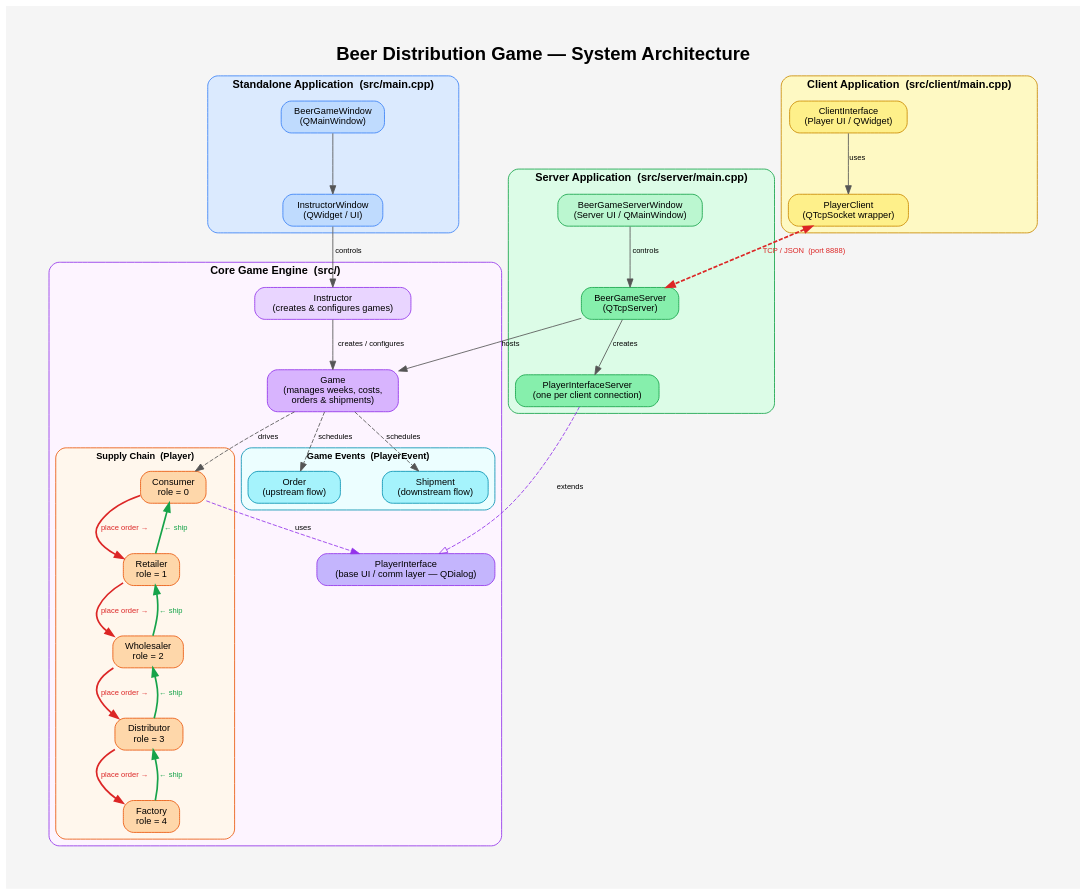
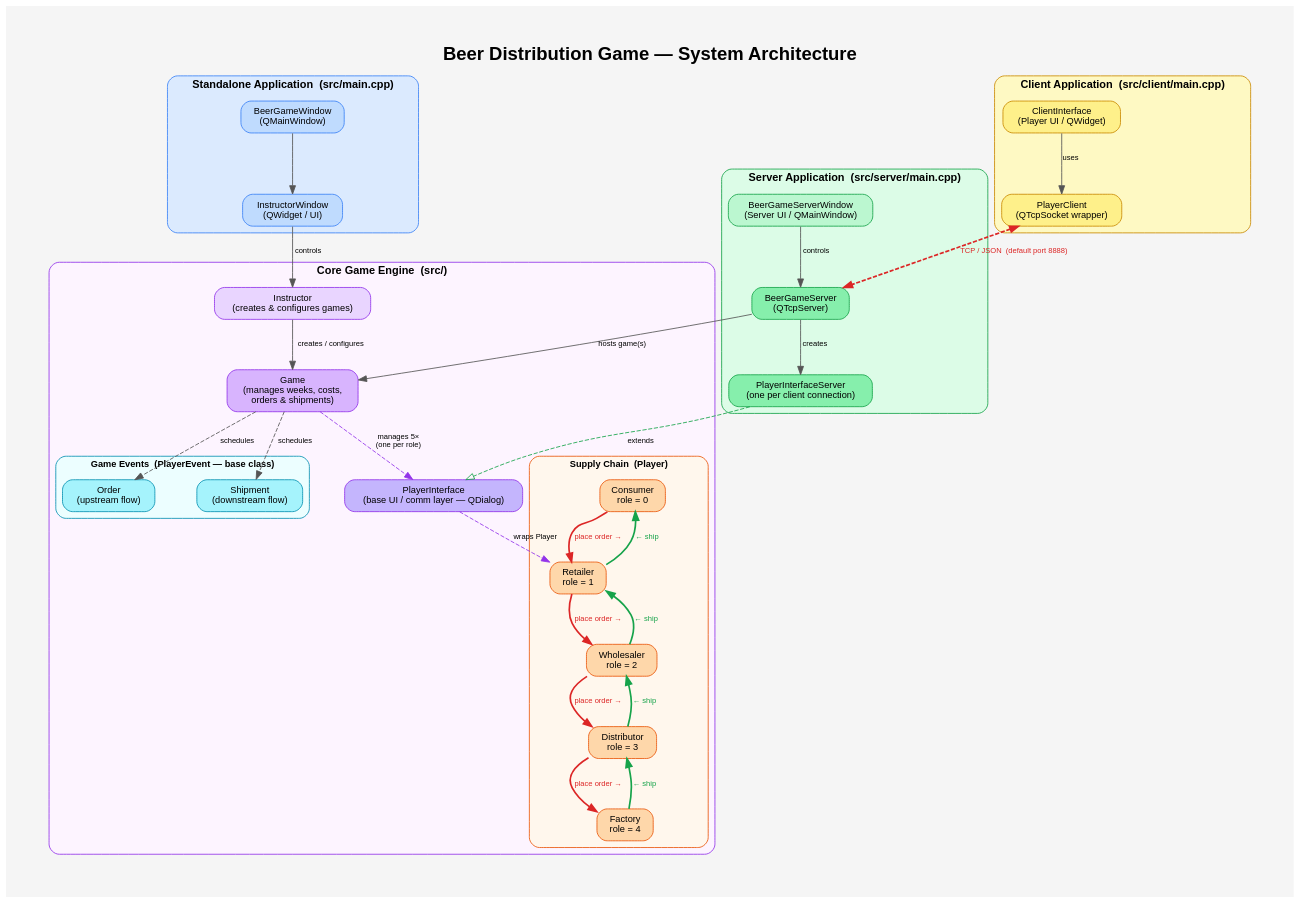
The diagram in readme-assets/architecture.dot (Ayush4775/BeerGame), drawn with Graphviz before and after one commit. The commit also changed 2 other files, not shown here.

```diff
--- a/readme-assets/architecture.dot
+++ b/readme-assets/architecture.dot
@@ -1,155 +1,156 @@
 digraph BeerGameArchitecture {
     graph [
         label = "Beer Distribution Game — System Architecture"
         labelloc = t
         fontsize = 22
         fontname = "Helvetica-Bold"
         bgcolor = "#f5f5f5"
         rankdir = TB
         pad = 0.6
         nodesep = 0.7
         ranksep = 0.7
         splines = spline
     ]
     node [
         shape = box
         style = "filled,rounded"
         fontname = "Helvetica"
         fontsize = 11
         margin = "0.15,0.1"
     ]
     edge [
         fontname = "Helvetica"
         fontsize = 9
         color = "#555555"
     ]
 
     // ── Standalone Application ────────────────────────────────────────────
     subgraph cluster_standalone {
         label = "Standalone Application  (src/main.cpp)"
         style = "filled,rounded"
         fillcolor = "#dbeafe"
         color = "#3b82f6"
         fontname = "Helvetica-Bold"
         fontsize = 13
 
         BGW [label = "BeerGameWindow\n(QMainWindow)", fillcolor = "#bfdbfe", color = "#3b82f6"]
         IW  [label = "InstructorWindow\n(QWidget / UI)",  fillcolor = "#bfdbfe", color = "#3b82f6"]
         BGW -> IW
     }
 
     // ── Server Application ────────────────────────────────────────────────
     subgraph cluster_server {
         label = "Server Application  (src/server/main.cpp)"
         style = "filled,rounded"
         fillcolor = "#dcfce7"
         color = "#16a34a"
         fontname = "Helvetica-Bold"
         fontsize = 13
 
         BGSW [label = "BeerGameServerWindow\n(Server UI / QMainWindow)", fillcolor = "#bbf7d0", color = "#16a34a"]
         BGS  [label = "BeerGameServer\n(QTcpServer)",                    fillcolor = "#86efac", color = "#16a34a"]
         PIS  [label = "PlayerInterfaceServer\n(one per client connection)",fillcolor = "#86efac", color = "#16a34a"]
         BGSW -> BGS [label = "controls"]
         BGS  -> PIS [label = "creates"]
     }
 
     // ── Client Application ────────────────────────────────────────────────
     subgraph cluster_client {
         label = "Client Application  (src/client/main.cpp)"
         style = "filled,rounded"
         fillcolor = "#fef9c3"
         color = "#ca8a04"
         fontname = "Helvetica-Bold"
         fontsize = 13
 
         CI [label = "ClientInterface\n(Player UI / QWidget)",  fillcolor = "#fef08a", color = "#ca8a04"]
         PC [label = "PlayerClient\n(QTcpSocket wrapper)",      fillcolor = "#fef08a", color = "#ca8a04"]
         CI -> PC [label = "uses"]
     }
 
     // ── Core Game Engine ──────────────────────────────────────────────────
     subgraph cluster_core {
         label = "Core Game Engine  (src/)"
         style = "filled,rounded"
         fillcolor = "#fdf4ff"
         color = "#9333ea"
         fontname = "Helvetica-Bold"
         fontsize = 13
 
         INST [label = "Instructor\n(creates & configures games)", fillcolor = "#e9d5ff", color = "#9333ea"]
         G    [label = "Game\n(manages weeks, costs,\norders & shipments)",  fillcolor = "#d8b4fe", color = "#9333ea"]
         PI   [label = "PlayerInterface\n(base UI / comm layer — QDialog)", fillcolor = "#c4b5fd", color = "#9333ea"]
 
         INST -> G [label = "creates / configures"]
 
         // Supply chain sub-cluster
         subgraph cluster_supply {
             label = "Supply Chain  (Player)"
             style = "filled,rounded"
             fillcolor = "#fff7ed"
             color = "#ea580c"
             fontname = "Helvetica-Bold"
             fontsize = 11
             rank = same
 
             CON [label = "Consumer\nrole = 0", fillcolor = "#fed7aa", color = "#ea580c"]
             RET [label = "Retailer\nrole = 1", fillcolor = "#fed7aa", color = "#ea580c"]
             WHO [label = "Wholesaler\nrole = 2", fillcolor = "#fed7aa", color = "#ea580c"]
             DIS [label = "Distributor\nrole = 3", fillcolor = "#fed7aa", color = "#ea580c"]
             FAC [label = "Factory\nrole = 4", fillcolor = "#fed7aa", color = "#ea580c"]
         }
 
         // Event sub-cluster
         subgraph cluster_events {
-            label = "Game Events  (PlayerEvent)"
+            label = "Game Events  (PlayerEvent — base class)"
             style = "filled,rounded"
             fillcolor = "#ecfeff"
             color = "#0891b2"
             fontname = "Helvetica-Bold"
             fontsize = 11
             rank = same
 
             ORD [label = "Order\n(upstream flow)",   fillcolor = "#a5f3fc", color = "#0891b2"]
             SHP [label = "Shipment\n(downstream flow)", fillcolor = "#a5f3fc", color = "#0891b2"]
         }
     }
 
     // ── Supply chain order flow (upstream) ────────────────────────────────
     CON -> RET [label = "place order →", color = "#dc2626", fontcolor = "#dc2626", style = bold]
     RET -> WHO [label = "place order →", color = "#dc2626", fontcolor = "#dc2626", style = bold]
     WHO -> DIS [label = "place order →", color = "#dc2626", fontcolor = "#dc2626", style = bold]
     DIS -> FAC [label = "place order →", color = "#dc2626", fontcolor = "#dc2626", style = bold]
 
     // Supply chain shipment flow (downstream) — use invisible intermediate node for clarity
     FAC -> DIS [label = "← ship", color = "#16a34a", fontcolor = "#16a34a", style = bold]
     DIS -> WHO [label = "← ship", color = "#16a34a", fontcolor = "#16a34a", style = bold]
     WHO -> RET [label = "← ship", color = "#16a34a", fontcolor = "#16a34a", style = bold]
     RET -> CON [label = "← ship", color = "#16a34a", fontcolor = "#16a34a", style = bold]
 
-    // Game manages players and events
-    G -> CON [style = dashed, label = "drives"]
+    // Game manages all player interfaces and schedules events
+    G -> PI  [style = dashed, label = "manages 5×\n(one per role)", color = "#9333ea"]
     G -> ORD [style = dashed, label = "schedules"]
     G -> SHP [style = dashed, label = "schedules"]
 
-    // PlayerInterface inheritance
-    PIS -> PI [label = "extends", style = dashed, arrowhead = onormal, color = "#9333ea"]
-    CON -> PI [style = dashed, label = "uses", color = "#9333ea"]
+    // Each Player is wrapped by a PlayerInterface
+    PI -> RET [style = dashed, label = "wraps Player", color = "#9333ea"]
+
+    // PlayerInterface inheritance (server-side specialisation)
+    PIS -> PI [label = "extends", style = dashed, arrowhead = onormal, color = "#16a34a"]
 
     // Standalone → core
     IW -> INST [label = "controls"]
 
     // Server → game engine
-    BGS  -> G   [label = "hosts"]
-    BGS  -> PI  [style = invis]
+    BGS  -> G   [label = "hosts game(s)"]
 
     // Network link
     PC -> BGS [
-        label = "TCP / JSON  (port 8888)",
+        label = "TCP / JSON  (default port 8888)",
         dir = both,
         color = "#dc2626",
         fontcolor = "#dc2626",
         style = "bold,dashed",
         penwidth = 2
     ]
 }
```
